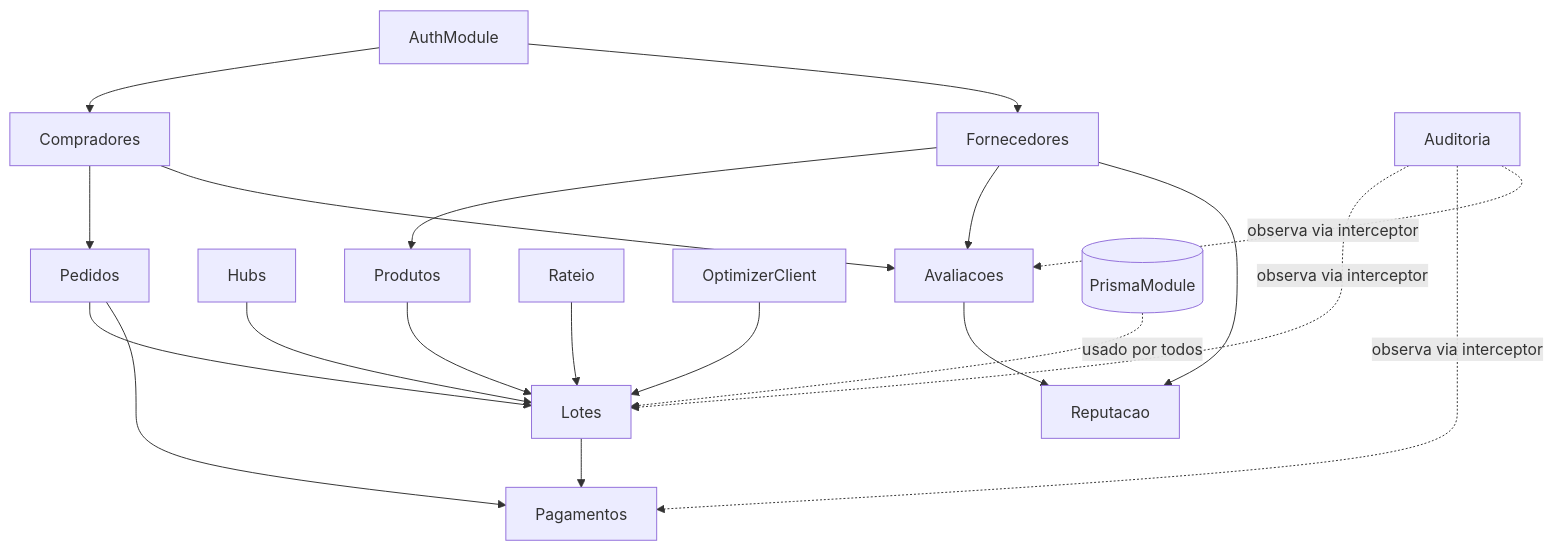
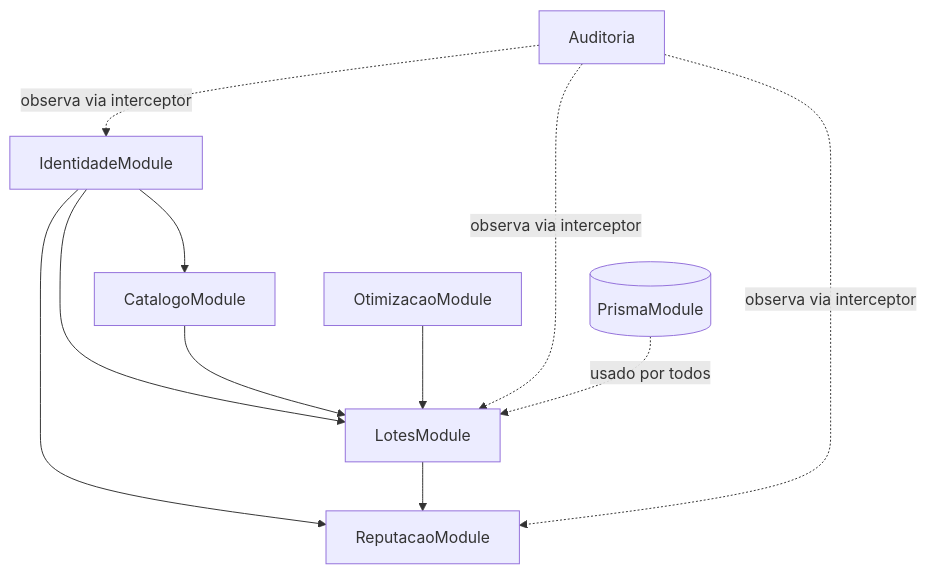
One commit to joaolmpv/compras-coletivas-amazonia changed the first of 4 diagrams in docs/design-backend.md. Above: the diagram before and after it, drawn with Mermaid. The commit also changed other lines of this file, not shown here.

````diff
--- a/docs/design-backend.md
+++ b/docs/design-backend.md
@@ -74,22 +97,13 @@
 ```mermaid
 flowchart TB
-    Auth[AuthModule] --> Compradores
-    Auth --> Fornecedores
-    Fornecedores --> Produtos
-    Produtos --> Lotes
-    Hubs --> Lotes
-    Pedidos --> Lotes
-    Compradores --> Pedidos
-    Rateio --> Lotes
-    OptimizerClient --> Lotes
-    Lotes --> Pagamentos
-    Pedidos --> Pagamentos
-    Compradores --> Avaliacoes
-    Fornecedores --> Avaliacoes
-    Avaliacoes --> Reputacao
-    Fornecedores --> Reputacao
+    Identidade[IdentidadeModule] --> Catalogo[CatalogoModule]
+    Identidade --> Lotes[LotesModule]
+    Catalogo --> Lotes
+    Otimizacao[OtimizacaoModule] --> Lotes
+    Identidade --> Reputacao[ReputacaoModule]
+    Lotes --> Reputacao
     Auditoria -.observa via interceptor.-> Lotes
-    Auditoria -.observa via interceptor.-> Pagamentos
-    Auditoria -.observa via interceptor.-> Avaliacoes
+    Auditoria -.observa via interceptor.-> Reputacao
+    Auditoria -.observa via interceptor.-> Identidade
     Prisma[(PrismaModule)] -.usado por todos.-> Lotes
 ```
````
